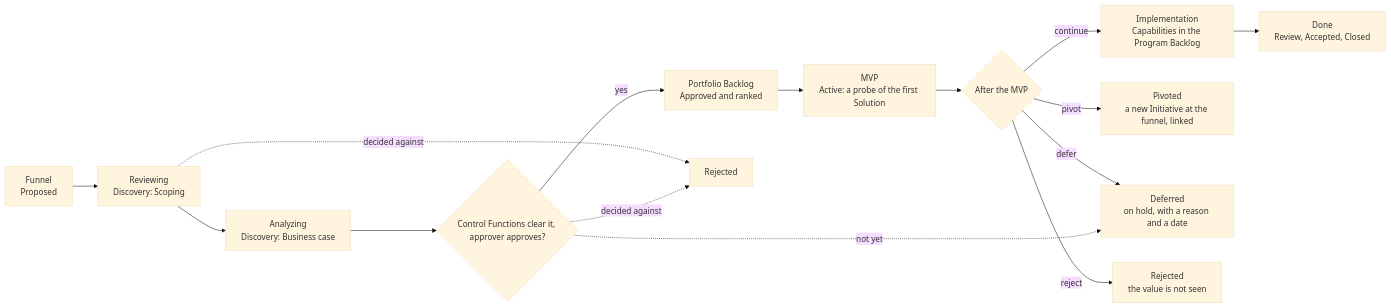
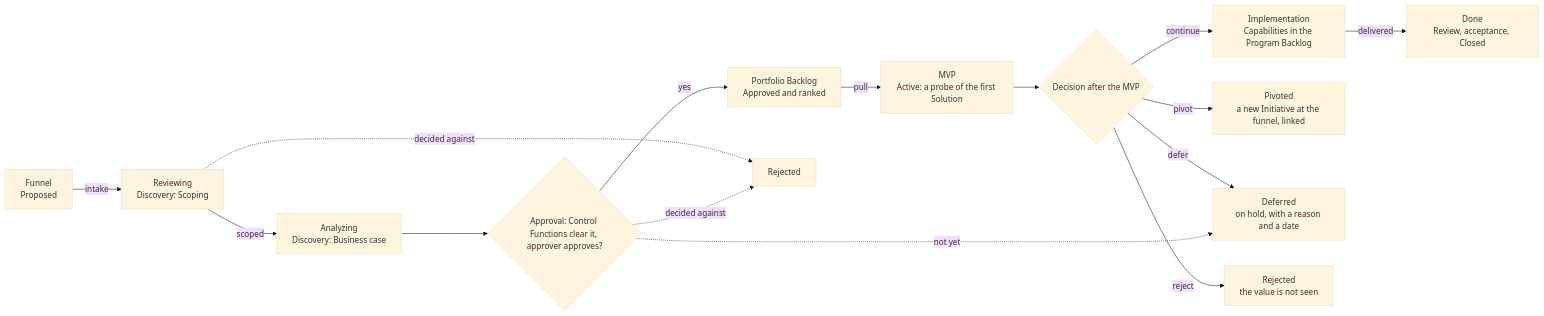
Before and after one commit to devhogu/ob-aicc: the fifth of 8 diagrams in charter/documents/portfolio-management-model.md, drawn with Mermaid (base theme). The commit also changed other lines of this file and 455 other files, not shown here.

First line of the commit message:
Charter and Registry at revision 2.0: the documents carry what the portal states by intent (DR-2026-062)

````diff
--- a/charter/documents/portfolio-management-model.md
+++ b/charter/documents/portfolio-management-model.md
@@ -124,17 +132,17 @@
 ```mermaid
 flowchart LR
-  F["Funnel<br/>Proposed"] --> R["Reviewing<br/>Discovery: Scoping"]
-  R --> A["Analyzing<br/>Discovery: Business case"]
-  A --> G{"Control Functions clear it, approver approves?"}
+  F["Funnel<br/>Proposed"] -->|intake| R["Reviewing<br/>Discovery: Scoping"]
+  R -->|scoped| A["Analyzing<br/>Discovery: Business case"]
+  A --> G{"Approval: Control Functions clear it, approver approves?"}
   G -->|yes| B["Portfolio Backlog<br/>Approved and ranked"]
-  B --> M["MVP<br/>Active: a probe of the first Solution"]
-  M --> D{"After the MVP"}
+  B -->|pull| M["MVP<br/>Active: a probe of the first Solution"]
+  M --> D{"Decision after the MVP"}
   D -->|continue| I["Implementation<br/>Capabilities in the Program Backlog"]
   D -->|pivot| P["Pivoted<br/>a new Initiative at the funnel, linked"]
   D -->|defer| DF["Deferred<br/>on hold, with a reason and a date"]
   D -->|reject| X["Rejected<br/>the value is not seen"]
-  I --> Z["Done<br/>Review, Accepted, Closed"]
+  I -->|delivered| Z["Done<br/>Review, acceptance, Closed"]
   R -.->|decided against| J["Rejected"]
   G -.->|decided against| J
   G -.->|not yet| DF
 ```
````
